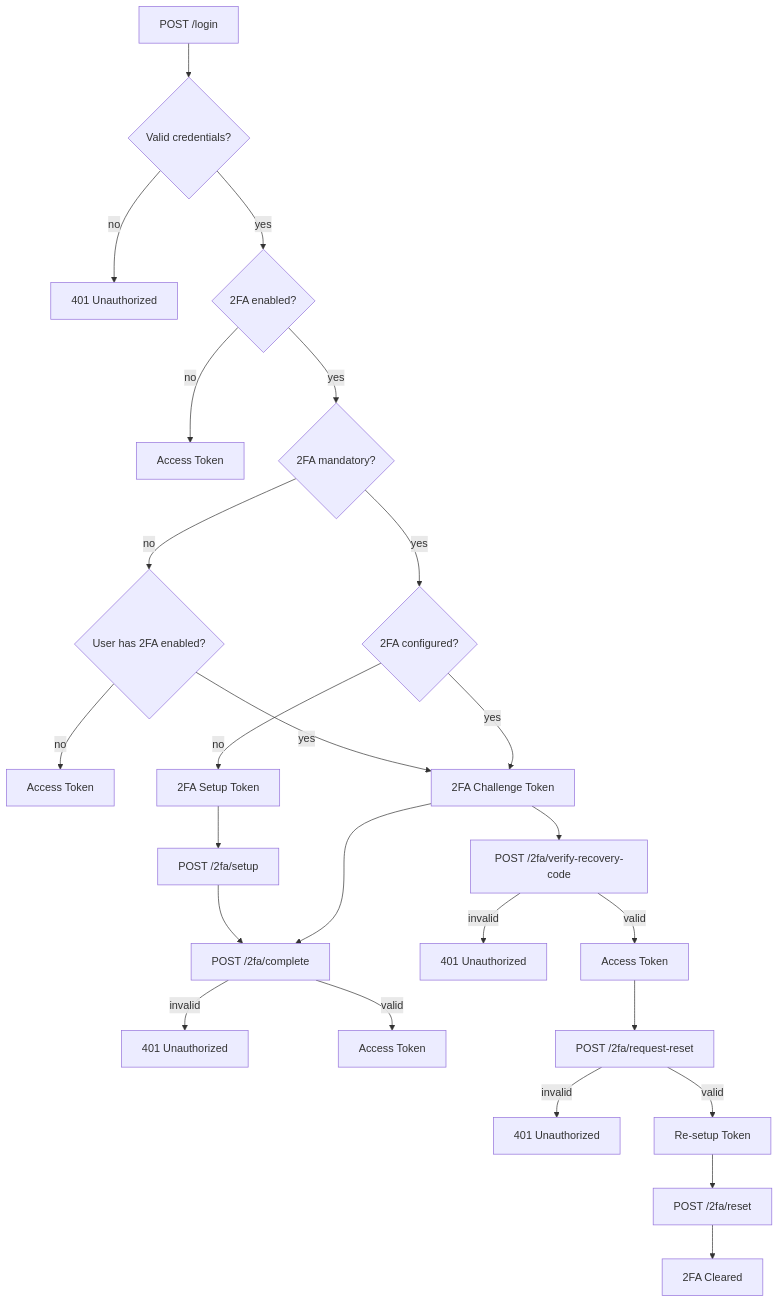
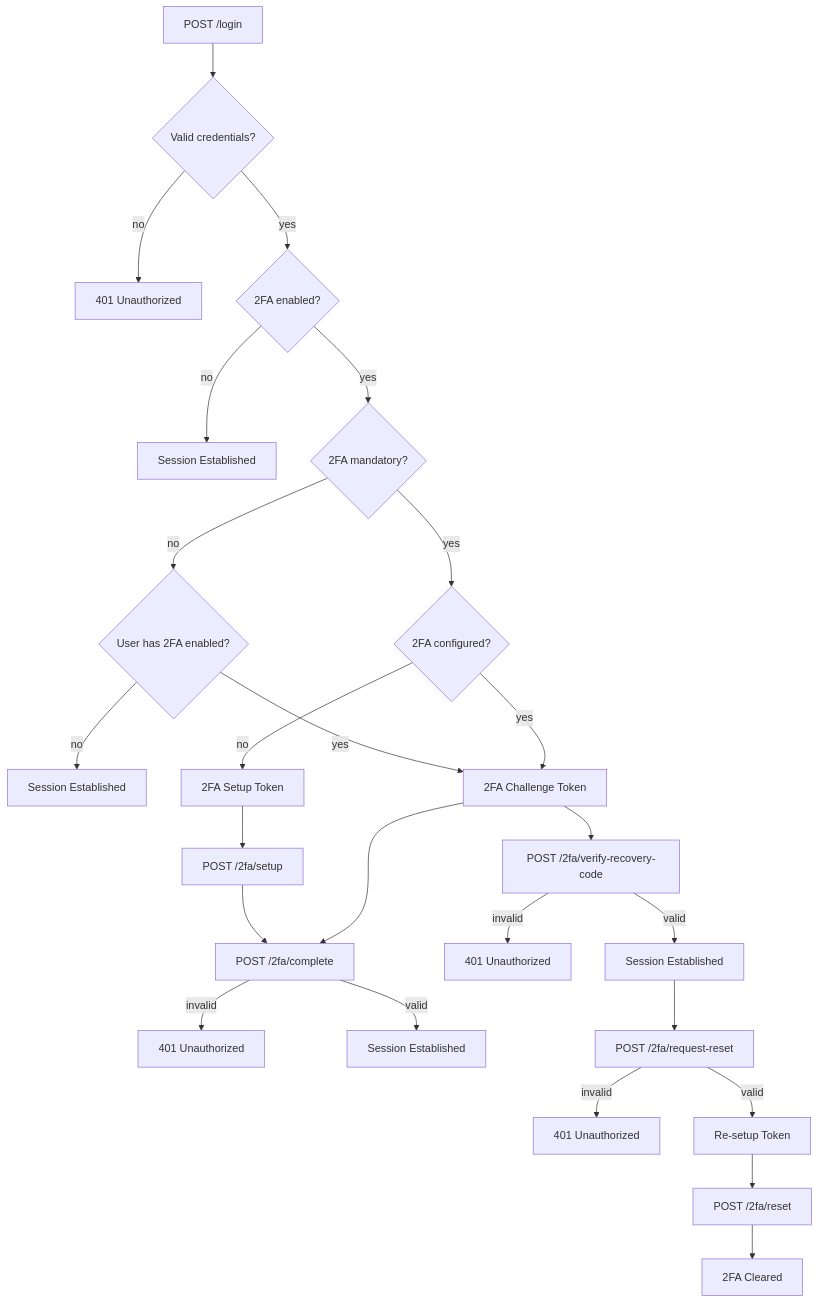
Before and after one commit to Light-it-labs/lightit-auth-laravel: the diagram in docs/google-2fa.md, drawn with Mermaid. The commit also changed other lines of this file and 19 other files, not shown here.

````diff
--- a/docs/google-2fa.md
+++ b/docs/google-2fa.md
@@ -173,34 +173,34 @@
 ```mermaid
 flowchart TD
     Login[POST /login] --> ValidateCreds{Valid credentials?}
     ValidateCreds -- no --> E401[401 Unauthorized]
     ValidateCreds -- yes --> AppHas2FA{2FA enabled?}
 
-    AppHas2FA -- no --> JWT1[Access Token]
+    AppHas2FA -- no --> Session1[Session Established]
     AppHas2FA -- yes --> IsMandatory{2FA mandatory?}
 
     IsMandatory -- no --> UserHas2FA{User has 2FA enabled?}
-    UserHas2FA -- no --> JWT2[Access Token]
+    UserHas2FA -- no --> Session2[Session Established]
     UserHas2FA -- yes --> ChallengeToken[2FA Challenge Token]
 
     IsMandatory -- yes --> IsSetup{2FA configured?}
     IsSetup -- no --> SetupToken[2FA Setup Token]
     SetupToken --> Setup[POST /2fa/setup]
     Setup --> Complete
 
     IsSetup -- yes --> ChallengeToken
     ChallengeToken --> Complete[POST /2fa/complete]
     ChallengeToken --> RecoveryCode[POST /2fa/verify-recovery-code]
 
     Complete -- invalid --> E401_2[401 Unauthorized]
-    Complete -- valid --> JWT3[Access Token]
+    Complete -- valid --> Session3[Session Established]
 
     RecoveryCode -- invalid --> E401_3[401 Unauthorized]
-    RecoveryCode -- valid --> JWT4[Access Token]
+    RecoveryCode -- valid --> Session4[Session Established]
 
-    JWT4 --> Password[POST /2fa/request-reset]
+    Session4 --> Password[POST /2fa/request-reset]
     Password -- invalid --> E401_4[401 Unauthorized]
     Password -- valid --> ResetToken[Re-setup Token]
     ResetToken --> Reset[POST /2fa/reset]
     Reset --> Cleared[2FA Cleared]
 ```
````
